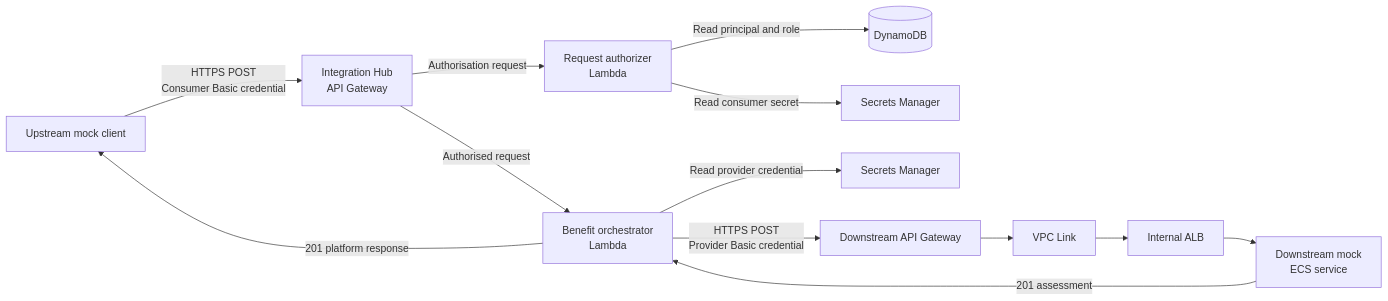
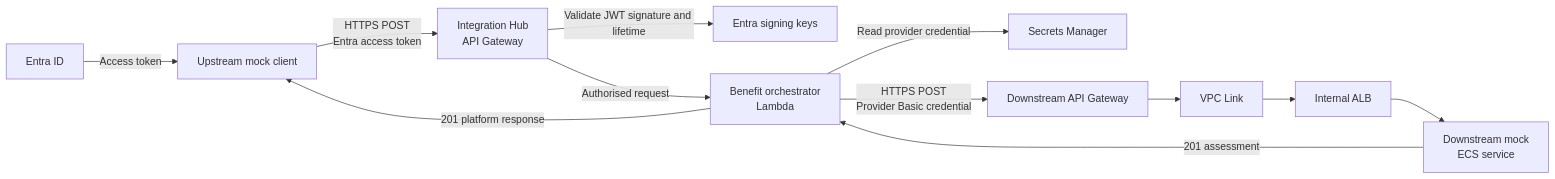
The first of 2 diagrams in docs/pilot-mock-api-flow.md (ministryofjustice/integration-hub-api-platform), drawn with Mermaid before and after one commit. The commit also changed other lines of this file and 8 other files, not shown here.

````diff
--- a/docs/pilot-mock-api-flow.md
+++ b/docs/pilot-mock-api-flow.md
@@ -23,15 +23,14 @@
 ```mermaid
 flowchart LR
-    U[Upstream mock client] -->|HTTPS POST<br/>Consumer Basic credential| G[Integration Hub<br/>API Gateway]
-    G -->|Authorisation request| A[Request authorizer<br/>Lambda]
-    A -->|Read principal and role| D[(DynamoDB)]
-    A -->|Read consumer secret| S1[Secrets Manager]
+    U[Upstream mock client] -->|HTTPS POST<br/>Entra access token| G[Integration Hub<br/>API Gateway]
+    I[Entra ID] -->|Access token| U
+    G -->|Validate JWT signature and lifetime| J[Entra signing keys]
     G -->|Authorised request| O[Benefit orchestrator<br/>Lambda]
     O -->|Read provider credential| S2[Secrets Manager]
     O -->|HTTPS POST<br/>Provider Basic credential| P[Downstream API Gateway]
     P --> V[VPC Link]
     V --> L[Internal ALB]
     L --> E[Downstream mock<br/>ECS service]
     E -->|201 assessment| O
     O -->|201 platform response| U
 ```
````
